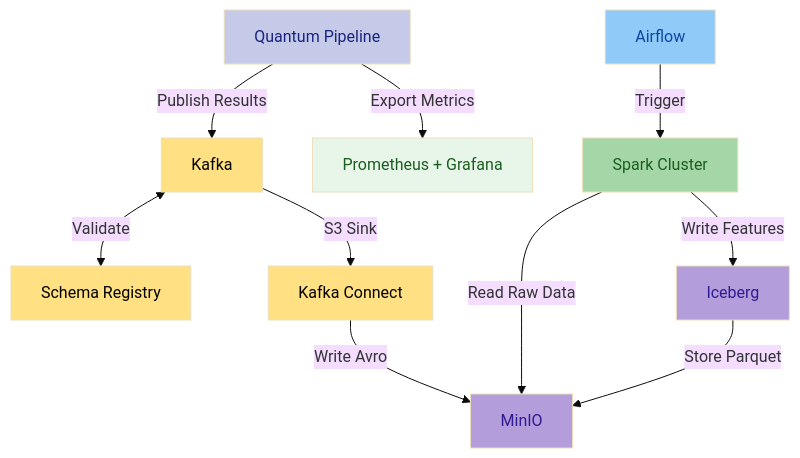
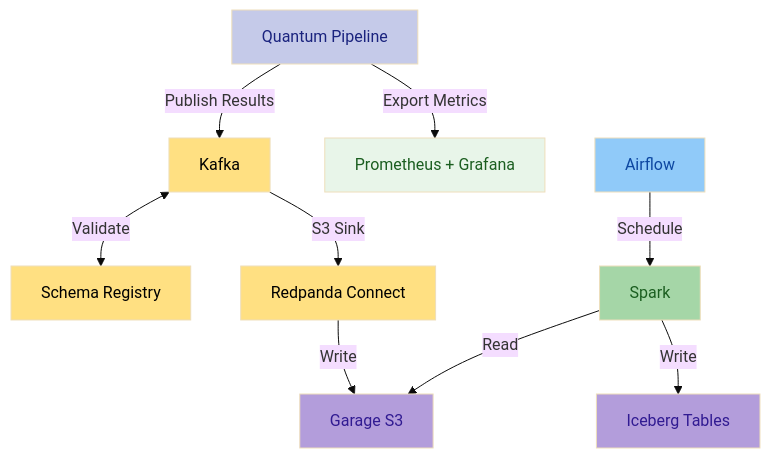
The diagram in docs/architecture/index.md (straightchlorine/quantum-pipeline), drawn with Mermaid (base theme) before and after one commit. The commit also changed other lines of this file and 146 other files, not shown here.

````diff
--- a/docs/architecture/index.md
+++ b/docs/architecture/index.md
@@ -35,22 +6,21 @@
 ```mermaid
 graph TD
     QP[Quantum Pipeline] -->|Publish Results| KAFKA[Kafka]
     QP -->|Export Metrics| PROM[Prometheus + Grafana]
     KAFKA <-->|Validate| SR[Schema Registry]
-    KAFKA -->|S3 Sink| KC[Kafka Connect]
-    KC -->|Write Avro| MINIO[MinIO]
-    AIRFLOW[Airflow] -->|Trigger| SPARK[Spark Cluster]
-    SPARK -->|Read Raw Data| MINIO
-    SPARK -->|Write Features| ICE[Iceberg]
-    ICE -->|Store Parquet| MINIO
+    KAFKA -->|S3 Sink| RC[Redpanda Connect]
+    RC -->|Write| GARAGE[Garage S3]
+    AIRFLOW[Airflow] -->|Schedule| SPARK[Spark]
+    SPARK -->|Read| GARAGE
+    SPARK -->|Write| ICE[Iceberg Tables]
 
     style QP fill:#c5cae9,color:#1a237e
     style KAFKA fill:#ffe082,color:#000
     style SR fill:#ffe082,color:#000
-    style KC fill:#ffe082,color:#000
+    style RC fill:#ffe082,color:#000
     style AIRFLOW fill:#90caf9,color:#0d47a1
     style SPARK fill:#a5d6a7,color:#1b5e20
-    style MINIO fill:#b39ddb,color:#311b92
+    style GARAGE fill:#b39ddb,color:#311b92
     style ICE fill:#b39ddb,color:#311b92
     style PROM fill:#e8f5e9,color:#1b5e20
 ```
````
